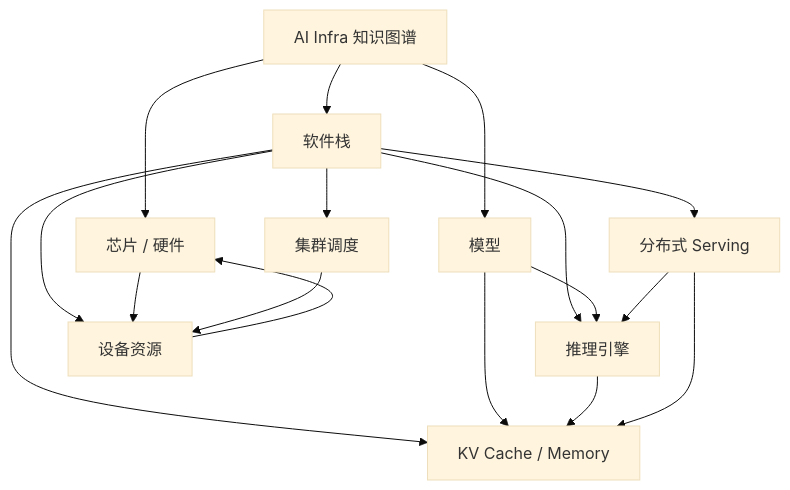
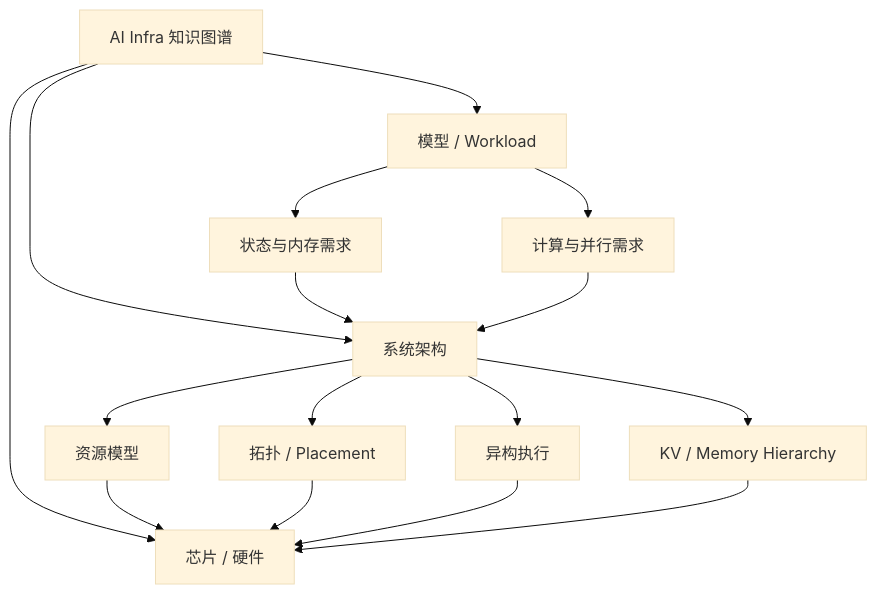
Before and after one commit to MarsChan8293/ai_infra_docs: the diagram in 00-ai-infra-map.md, drawn with Mermaid (base theme). The commit also changed other lines of this file and 87 other files, not shown here.

First line of the commit message:
refactor: replace software domain with system architecture

````diff
--- a/00-ai-infra-map.md
+++ b/00-ai-infra-map.md
@@ -42,19 +40,18 @@
 ```mermaid
 graph TD
-    ROOT[AI Infra 知识图谱] --> CHIP[芯片 / 硬件]
-    ROOT --> SW[软件栈]
-    ROOT --> MODEL[模型]
-    SW --> SERVING[分布式 Serving]
-    SW --> ENGINE[推理引擎]
-    SW --> KV[KV Cache / Memory]
-    SW --> SCHED[集群调度]
-    SW --> DEVICE[设备资源]
-    CHIP --> DEVICE
-    MODEL --> ENGINE
-    MODEL --> KV
-    ENGINE --> KV
-    SERVING --> ENGINE
-    SERVING --> KV
-    SCHED --> DEVICE
-    DEVICE --> CHIP
+    ROOT[AI Infra 知识图谱] --> MODEL[模型 / Workload]
+    ROOT --> SYSTEM[系统架构]
+    ROOT --> CHIP[芯片 / 硬件]
+    MODEL --> MEMORY[状态与内存需求]
+    MODEL --> COMPUTE[计算与并行需求]
+    MEMORY --> SYSTEM
+    COMPUTE --> SYSTEM
+    SYSTEM --> RESOURCE[资源模型]
+    SYSTEM --> TOPO[拓扑 / Placement]
+    SYSTEM --> HETERO[异构执行]
+    SYSTEM --> KV[KV / Memory Hierarchy]
+    RESOURCE --> CHIP
+    TOPO --> CHIP
+    HETERO --> CHIP
+    KV --> CHIP
 ```
````
